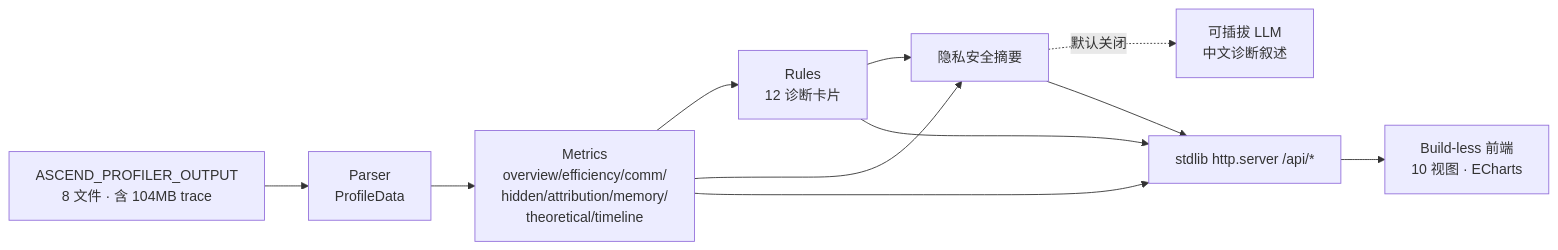
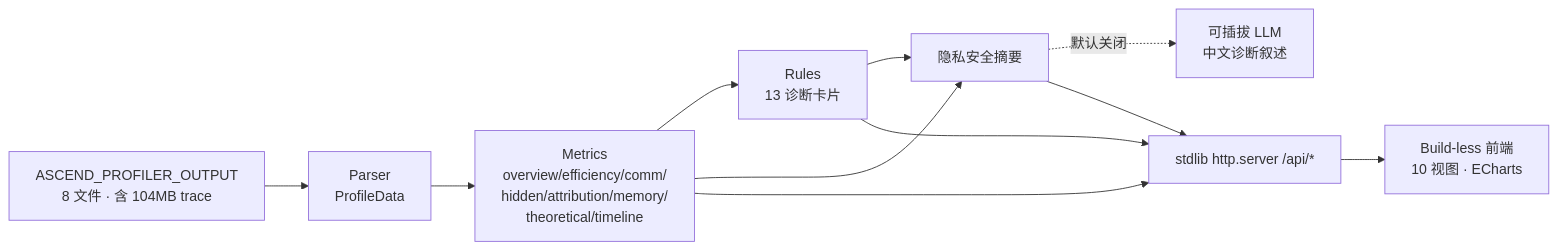
Before and after one commit to ai-v5/LLMInsight: the diagram in doc/README.md, drawn with Mermaid. The commit also changed other lines of this file and 14 other files, not shown here.

````diff
--- a/doc/README.md
+++ b/doc/README.md
@@ -23,13 +23,13 @@
 ```mermaid
 flowchart LR
   A[ASCEND_PROFILER_OUTPUT<br/>8 文件 · 含 104MB trace] --> B[Parser<br/>ProfileData]
   B --> C[Metrics<br/>overview/efficiency/comm/<br/>hidden/attribution/memory/<br/>theoretical/timeline]
-  C --> D[Rules<br/>12 诊断卡片]
+  C --> D[Rules<br/>13 诊断卡片]
   C --> E[隐私安全摘要]
   D --> E
   E -. 默认关闭 .-> F[可插拔 LLM<br/>中文诊断叙述]
   C --> G[stdlib http.server /api/*]
   D --> G
   E --> G
   G --> H[Build-less 前端<br/>10 视图 · ECharts]
 ```
````
